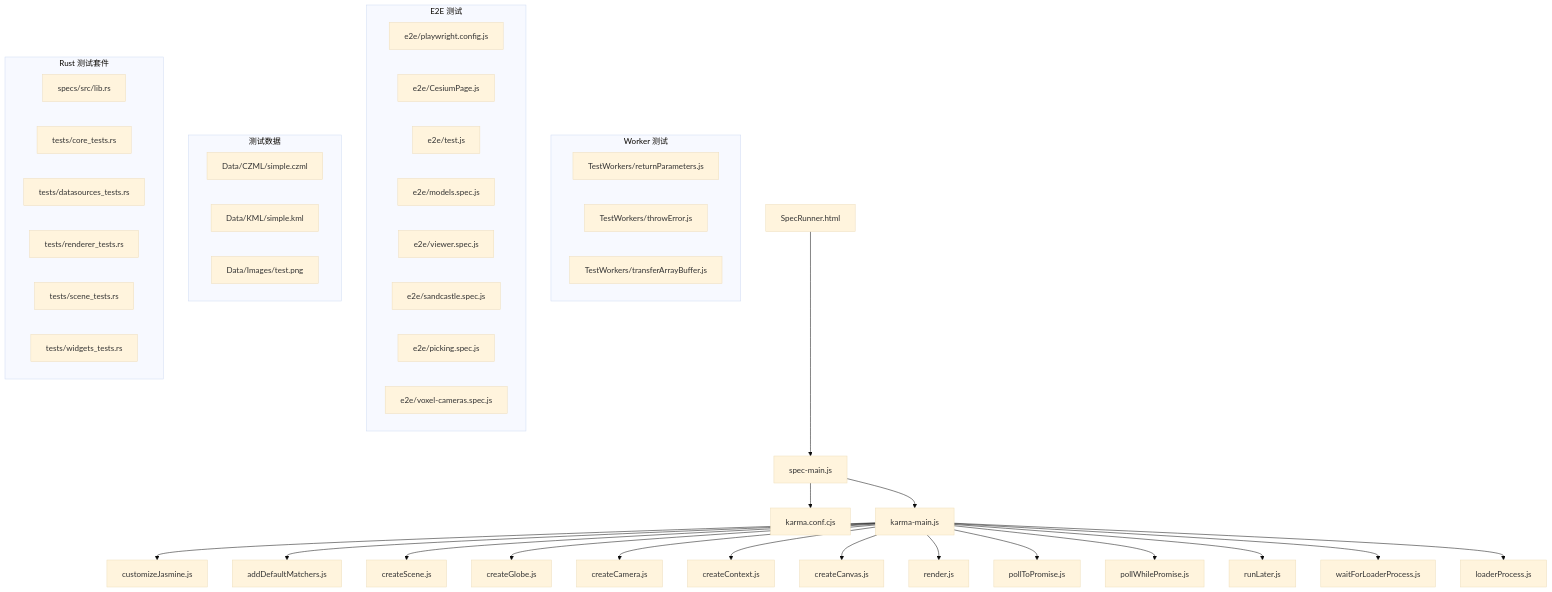
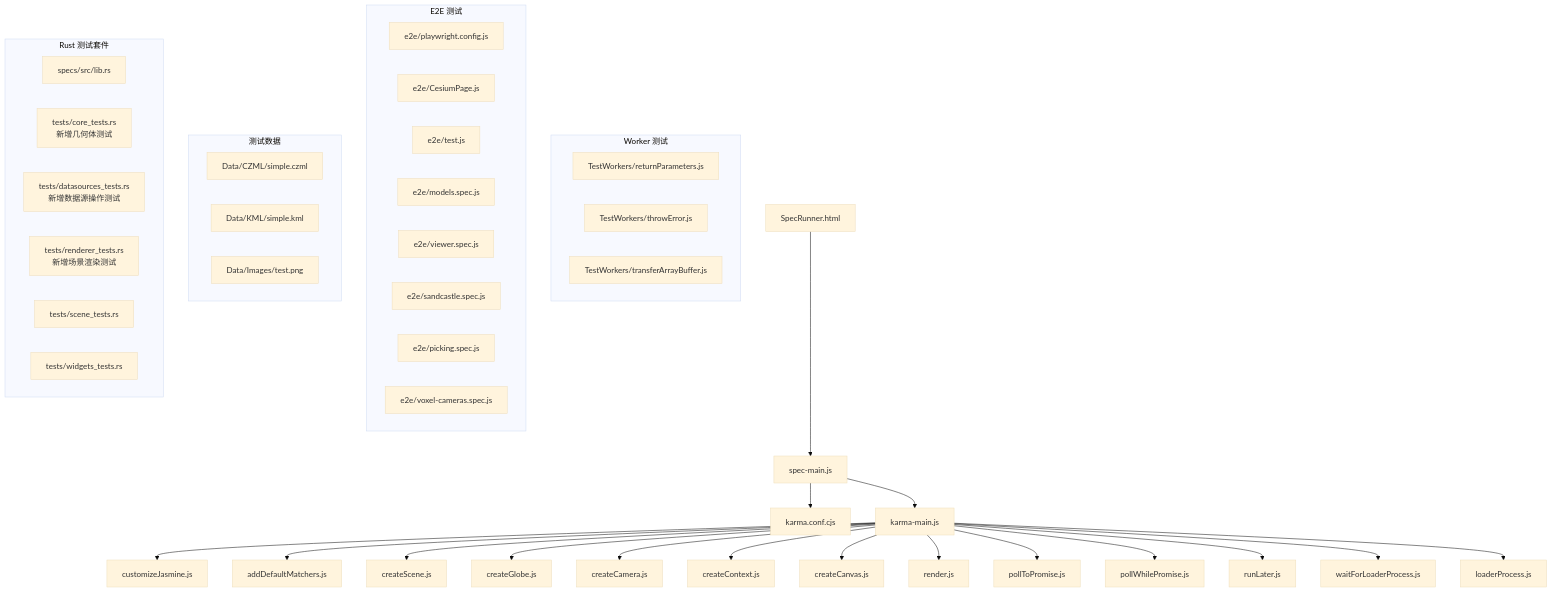
Before and after one commit to rzhangjing/cesium: the first of 6 diagrams in .qoder/repowiki/zh/content/测试与调试/Specs测试框架.md, drawn with Mermaid (base theme). The commit also changed other lines of this file and 16 other files, not shown here.

````diff
--- a/.qoder/repowiki/zh/content/测试与调试/Specs测试框架.md
+++ b/.qoder/repowiki/zh/content/测试与调试/Specs测试框架.md
@@ -90,47 +90,47 @@
 ```mermaid
 graph TB
 A["SpecRunner.html"] --> B["spec-main.js"]
 B --> C["karma.conf.cjs"]
 B --> D["karma-main.js"]
 D --> E["customizeJasmine.js"]
 D --> F["addDefaultMatchers.js"]
 D --> G["createScene.js"]
 D --> H["createGlobe.js"]
 D --> I["createCamera.js"]
 D --> J["createContext.js"]
 D --> K["createCanvas.js"]
 D --> L["render.js"]
 D --> M["pollToPromise.js"]
 D --> N["pollWhilePromise.js"]
 D --> O["runLater.js"]
 D --> P["waitForLoaderProcess.js"]
 D --> Q["loaderProcess.js"]
 subgraph "Worker 测试"
 R["TestWorkers/returnParameters.js"]
 S["TestWorkers/throwError.js"]
 T["TestWorkers/transferArrayBuffer.js"]
 end
 subgraph "E2E 测试"
 U["e2e/playwright.config.js"]
 V["e2e/CesiumPage.js"]
 W["e2e/test.js"]
 X["e2e/models.spec.js"]
 Y["e2e/viewer.spec.js"]
 Z["e2e/sandcastle.spec.js"]
 AA["e2e/picking.spec.js"]
 AB["e2e/voxel-cameras.spec.js"]
 end
 subgraph "测试数据"
 AC["Data/CZML/simple.czml"]
 AD["Data/KML/simple.kml"]
 AE["Data/Images/test.png"]
 end
 subgraph "Rust 测试套件"
 AF["specs/src/lib.rs"]
-AG["tests/core_tests.rs"]
-AH["tests/datasources_tests.rs"]
-AI["tests/renderer_tests.rs"]
+AG["tests/core_tests.rs<br/>新增几何体测试"]
+AH["tests/datasources_tests.rs<br/>新增数据源操作测试"]
+AI["tests/renderer_tests.rs<br/>新增场景渲染测试"]
 AJ["tests/scene_tests.rs"]
 AK["tests/widgets_tests.rs"]
 end
 ```
````
